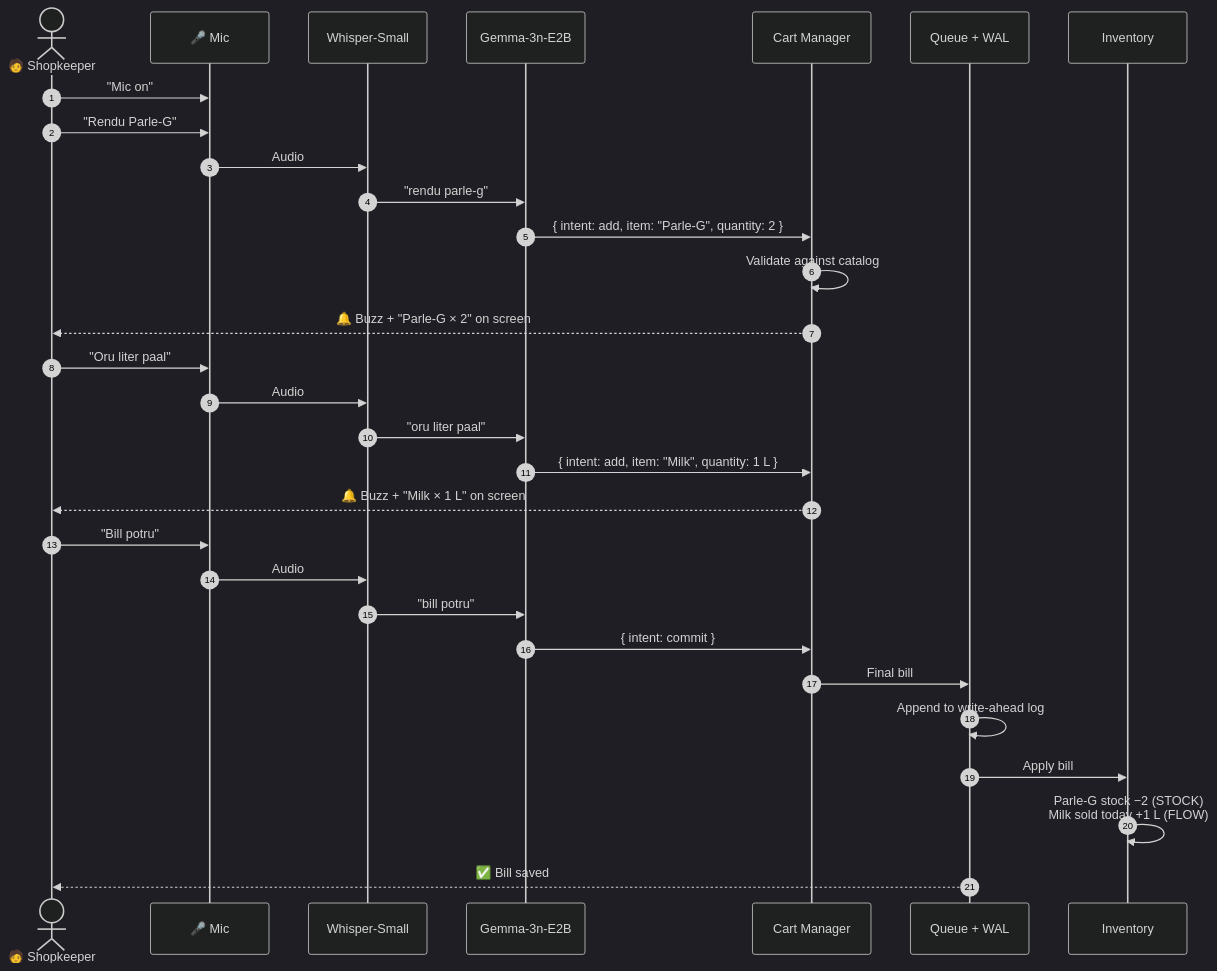
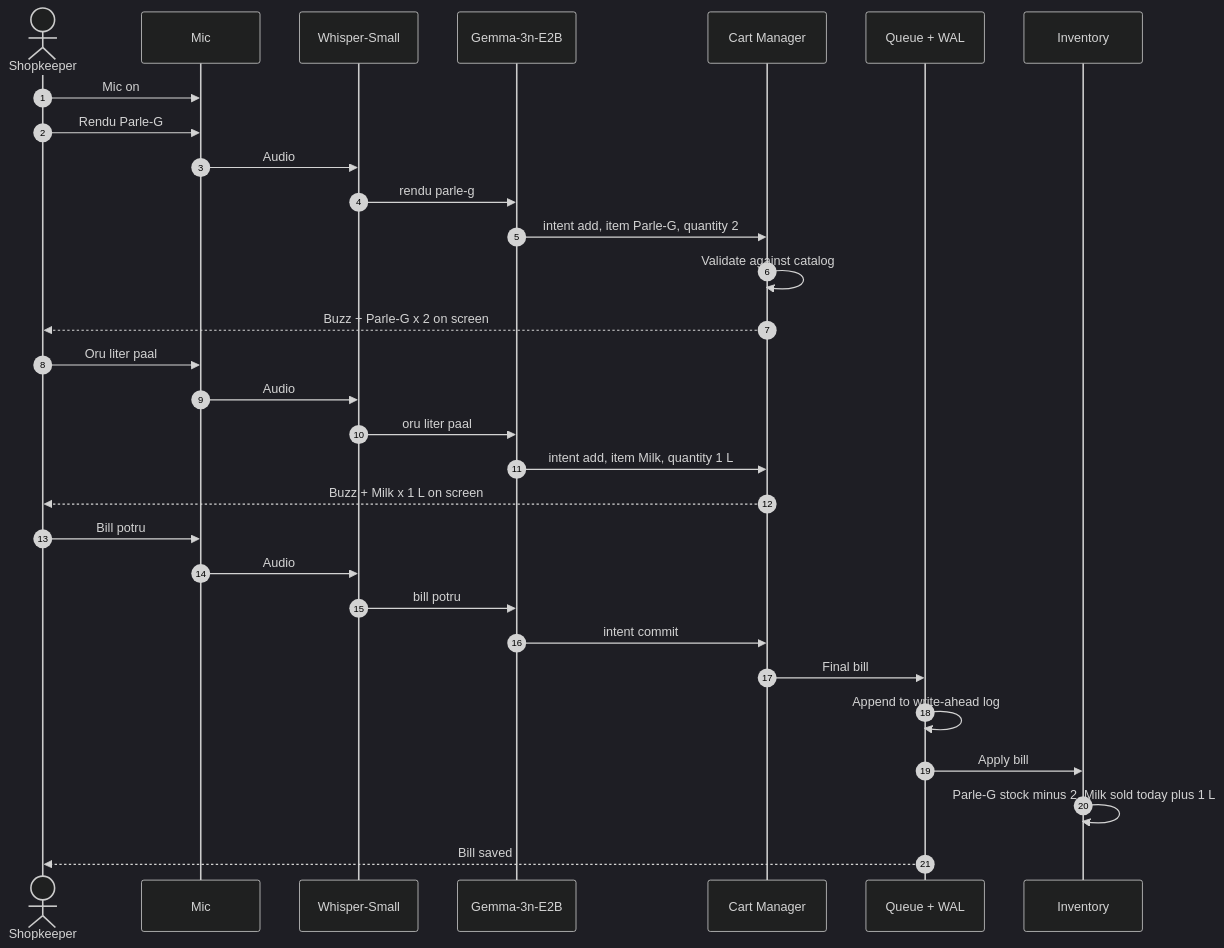
Before and after one commit to bowsii/Kirana-Flow: the fourth of 7 diagrams in README.md, drawn with Mermaid (dark theme). The commit also changed other lines of this file, not shown here.

````diff
--- a/README.md
+++ b/README.md
@@ -163,35 +171,35 @@
 ```mermaid
 sequenceDiagram
     autonumber
-    actor S as 🧑 Shopkeeper
-    participant M as 🎤 Mic
+    actor S as Shopkeeper
+    participant M as Mic
     participant W as Whisper-Small
     participant G as Gemma-3n-E2B
     participant C as Cart Manager
     participant Q as Queue + WAL
     participant I as Inventory
 
-    S->>M: "Mic on"
-    S->>M: "Rendu Parle-G"
+    S->>M: Mic on
+    S->>M: Rendu Parle-G
     M->>W: Audio
-    W->>G: "rendu parle-g"
-    G->>C: { intent: add, item: "Parle-G", quantity: 2 }
+    W->>G: rendu parle-g
+    G->>C: intent add, item Parle-G, quantity 2
     C->>C: Validate against catalog
-    C-->>S: 🔔 Buzz + "Parle-G × 2" on screen
+    C-->>S: Buzz + Parle-G x 2 on screen
 
-    S->>M: "Oru liter paal"
+    S->>M: Oru liter paal
     M->>W: Audio
-    W->>G: "oru liter paal"
-    G->>C: { intent: add, item: "Milk", quantity: 1 L }
-    C-->>S: 🔔 Buzz + "Milk × 1 L" on screen
+    W->>G: oru liter paal
+    G->>C: intent add, item Milk, quantity 1 L
+    C-->>S: Buzz + Milk x 1 L on screen
 
-    S->>M: "Bill potru"
+    S->>M: Bill potru
     M->>W: Audio
-    W->>G: "bill potru"
-    G->>C: { intent: commit }
+    W->>G: bill potru
+    G->>C: intent commit
     C->>Q: Final bill
     Q->>Q: Append to write-ahead log
     Q->>I: Apply bill
-    I->>I: Parle-G stock −2 (STOCK)<br/>Milk sold today +1 L (FLOW)
-    Q-->>S: ✅ Bill saved
+    I->>I: Parle-G stock minus 2, Milk sold today plus 1 L
+    Q-->>S: Bill saved
 ```
````
